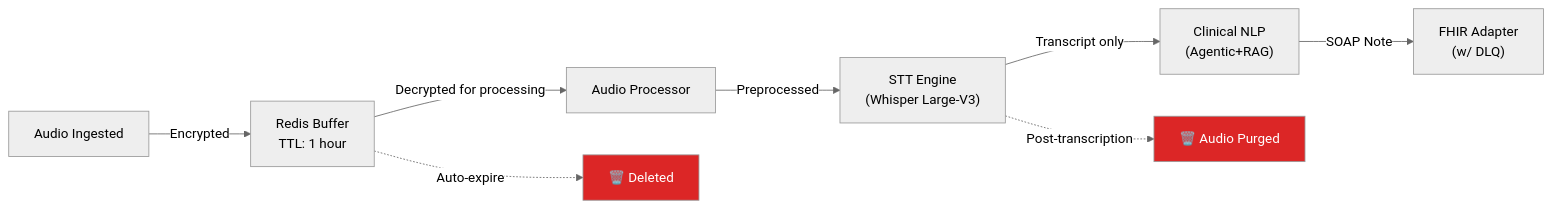
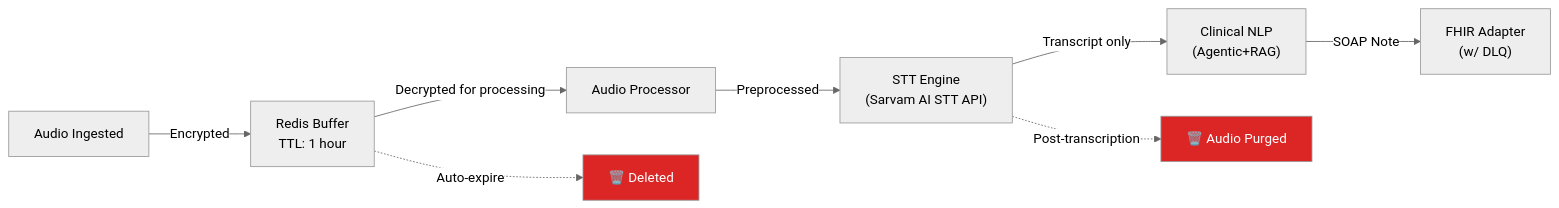
The second of 3 diagrams in docs/security.md (Nikhiluuuuuuuuu/Kraionyx-Project-001), drawn with Mermaid (neutral theme) before and after one commit.

Commit message:
docs: fix Whisper reference to Sarvam AI STT API in security diagram

````diff
--- a/docs/security.md
+++ b/docs/security.md
@@ -153,14 +153,14 @@
 ```mermaid
 graph LR
     A["Audio Ingested"] -->|Encrypted| B["Redis Buffer<br/>TTL: 1 hour"]
     B -->|Decrypted for processing| C["Audio Processor"]
-    C -->|Preprocessed| D["STT Engine<br/>(Whisper Large-V3)"]
+    C -->|Preprocessed| D["STT Engine<br/>(Sarvam AI STT API)"]
     D -->|Transcript only| E["Clinical NLP<br/>(Agentic+RAG)"]
     E -->|SOAP Note| F["FHIR Adapter<br/>(w/ DLQ)"]
 
     B -.->|"Auto-expire"| G["🗑️ Deleted"]
     D -.->|"Post-transcription"| H["🗑️ Audio Purged"]
 
     style G fill:#dc2626,color:#fff
     style H fill:#dc2626,color:#fff
 ```
````
